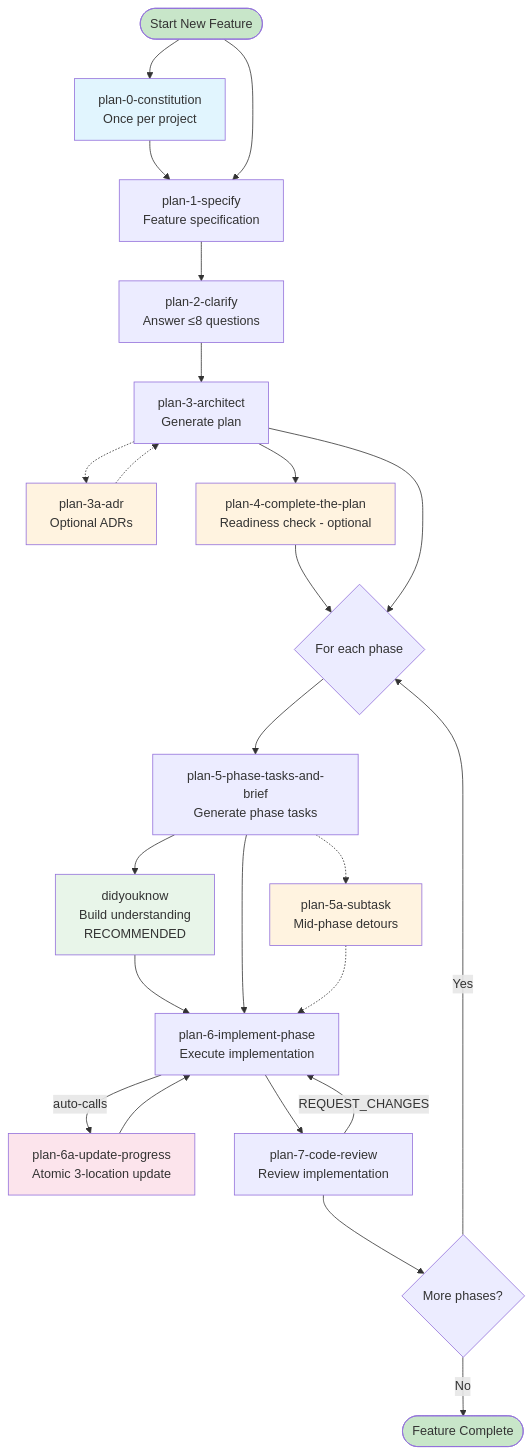
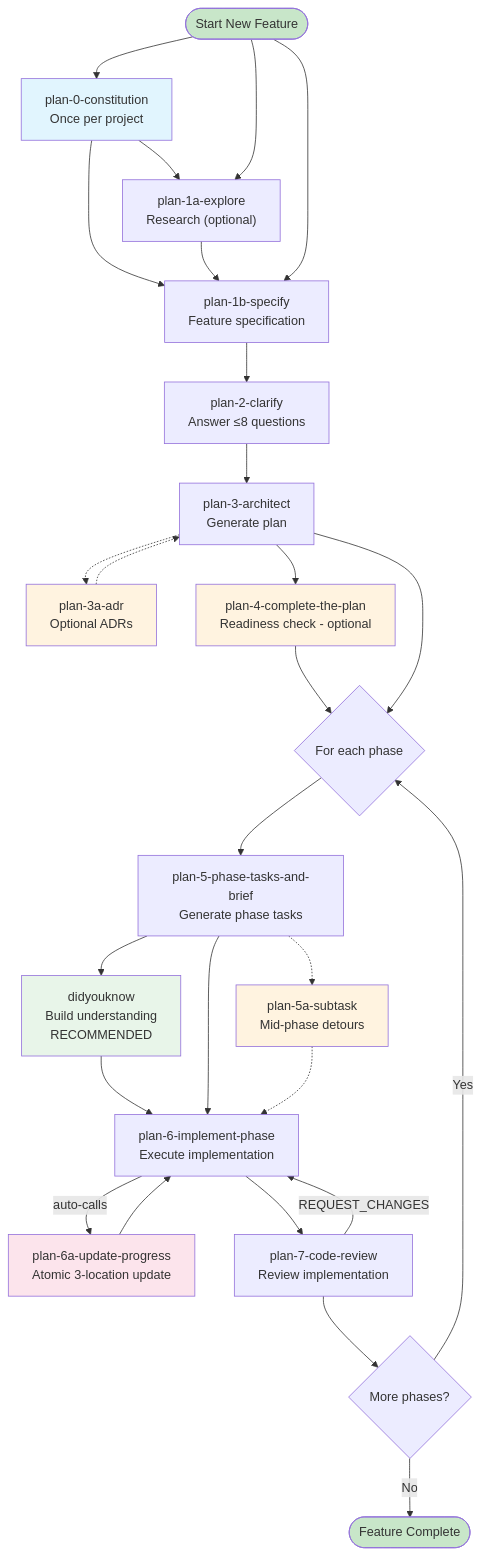
Before and after one commit to jakkaj/tools: the second of 8 diagrams in agents/commands/README.md, drawn with Mermaid. The commit also changed other lines of this file and 9 other files, not shown here.

First line of the commit message:
feat: Add plan-1a-explore command for deep codebase research

````diff
--- a/agents/commands/README.md
+++ b/agents/commands/README.md
@@ -84,45 +87,48 @@
 ```mermaid
 graph TD
     Start([Start New Feature]) --> P0["plan-0-constitution<br/>Once per project"]
-    P0 --> P1["plan-1-specify<br/>Feature specification"]
-    Start --> P1
+    P0 --> P1A["plan-1a-explore<br/>Research (optional)"]
+    P0 --> P1B["plan-1b-specify<br/>Feature specification"]
+    P1A --> P1B
+    Start --> P1A
+    Start --> P1B
 
-    P1 --> P2["plan-2-clarify<br/>Answer ≤8 questions"]
+    P1B --> P2["plan-2-clarify<br/>Answer ≤8 questions"]
     P2 --> P3["plan-3-architect<br/>Generate plan"]
 
     P3 -.-> P3A["plan-3a-adr<br/>Optional ADRs"]
     P3A -.-> P3
 
     P3 --> P4["plan-4-complete-the-plan<br/>Readiness check - optional"]
     P4 --> PhaseLoop{For each phase}
     P3 --> PhaseLoop
 
     PhaseLoop --> P5["plan-5-phase-tasks-and-brief<br/>Generate phase tasks"]
 
     P5 --> DYK["didyouknow<br/>Build understanding<br/>RECOMMENDED"]
     DYK --> P6
     P5 --> P6["plan-6-implement-phase<br/>Execute implementation"]
 
     P5 -.-> P5A["plan-5a-subtask<br/>Mid-phase detours"]
     P5A -.-> P6
 
     P6 -->|auto-calls| P6A["plan-6a-update-progress<br/>Atomic 3-location update"]
     P6A --> P6
 
     P6 --> P7["plan-7-code-review<br/>Review implementation"]
 
     P7 --> NextPhase{More phases?}
     NextPhase -->|Yes| PhaseLoop
     NextPhase -->|No| End([Feature Complete])
 
     P7 -->|REQUEST_CHANGES| P6
 
     style P0 fill:#e1f5fe
     style P3A fill:#fff3e0
     style P4 fill:#fff3e0
     style P5A fill:#fff3e0
     style DYK fill:#e8f5e9
     style P6A fill:#fce4ec
     style Start fill:#c8e6c9
     style End fill:#c8e6c9
 ```
````
